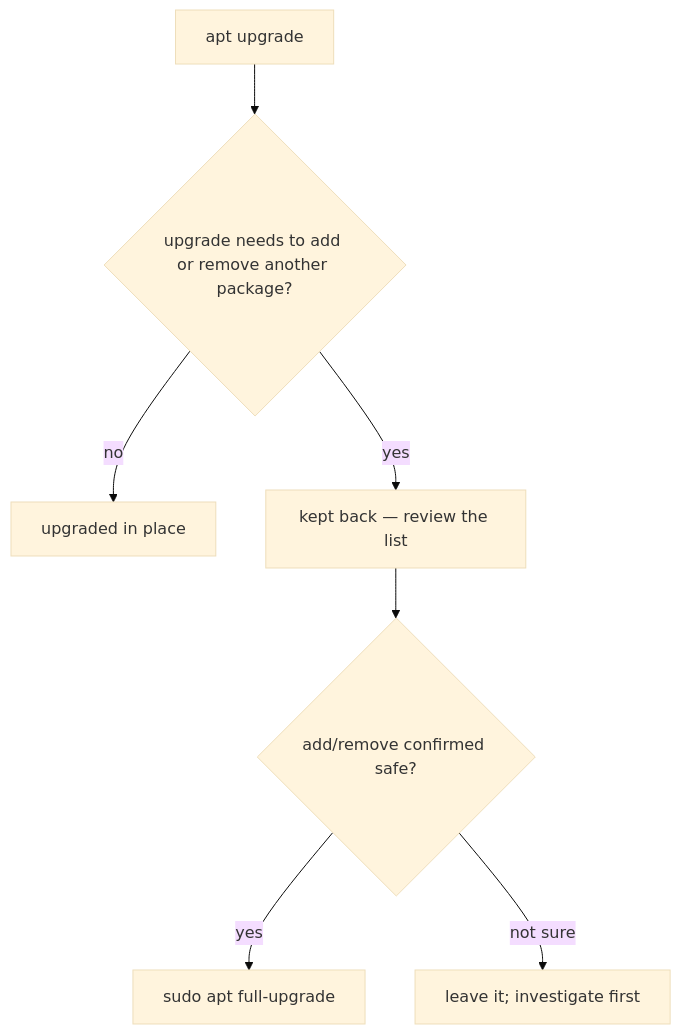
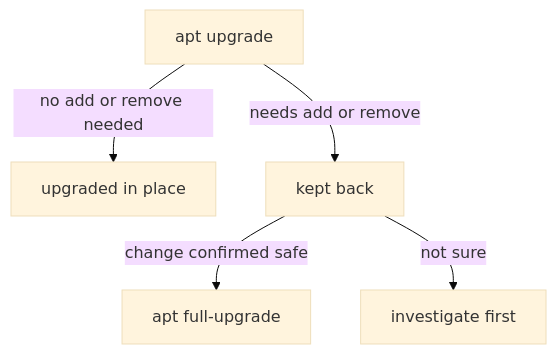
Before and after one commit to astrona-io/ATS002: the diagram in sections/section-050/module-03/course-02-applying-upgrades-and-installing.md, drawn with Mermaid (base theme). The commit also changed other lines of this file and 615 other files, not shown here.

````diff
--- a/sections/section-050/module-03/course-02-applying-upgrades-and-installing.md
+++ b/sections/section-050/module-03/course-02-applying-upgrades-and-installing.md
@@ -25,9 +29,7 @@
 ```mermaid
-flowchart TD
-    U["apt upgrade"] --> Q{"upgrade needs to add or remove another package?"}
-    Q -->|no| A["upgraded in place"]
-    Q -->|yes| K["kept back — review the list"]
-    K --> R{"add/remove confirmed safe?"}
-    R -->|yes| FU["sudo apt full-upgrade"]
-    R -->|not sure| STOP["leave it; investigate first"]
+flowchart TB
+    U["apt upgrade"] -->|"no add or remove needed"| A["upgraded in place"]
+    U -->|"needs add or remove"| K["kept back"]
+    K -->|"change confirmed safe"| FU["apt full-upgrade"]
+    K -->|"not sure"| STOP["investigate first"]
 ```
````
